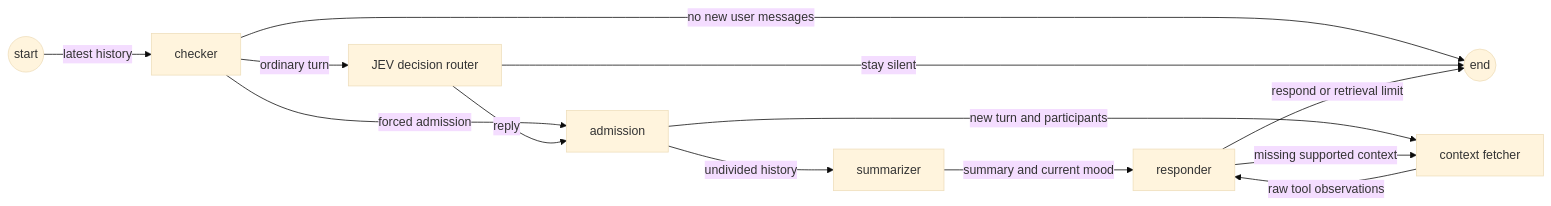
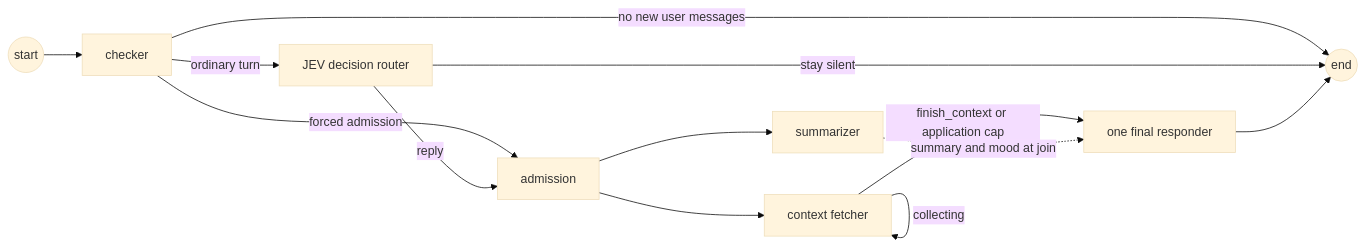
Before and after one commit to GeneralR3d/Rachel: the second of 2 diagrams in README.md, drawn with Mermaid (base theme). The commit also changed other lines of this file and 19 other files, not shown here.

````diff
--- a/README.md
+++ b/README.md
@@ -119,15 +119,15 @@
 ```mermaid
 flowchart LR
-    S((start)) -->|latest history| C[checker]
+    S((start)) --> C[checker]
     C -->|no new user messages| E((end))
     C -->|forced admission| A[admission]
     C -->|ordinary turn| R[JEV decision router]
     R -->|stay silent| E
     R -->|reply| A
-    A -->|undivided history| SUM[summarizer]
-    A -->|new turn and participants| CTX[context fetcher]
-    SUM -->|summary and current mood| RESP[responder]
-    CTX -->|raw tool observations| RESP
-    RESP -->|respond or retrieval limit| E
-    RESP -->|missing supported context| CTX
+    A --> SUM[summarizer]
+    A --> CTX
+    CTX[context fetcher] -->|collecting| CTX
+    CTX -->|finish_context or application cap| RESP[one final responder]
+    SUM -.->|summary and mood at join| RESP
+    RESP --> E
 ```
````
